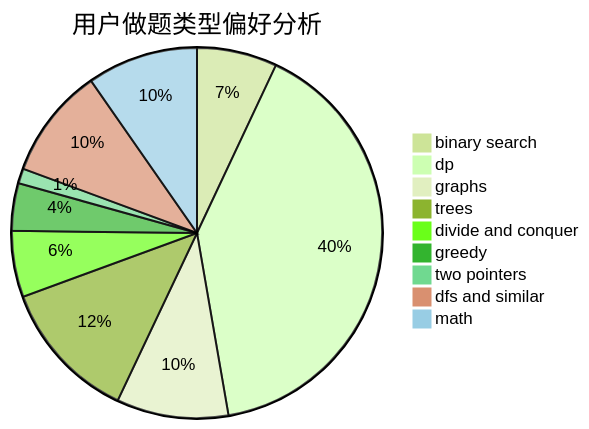
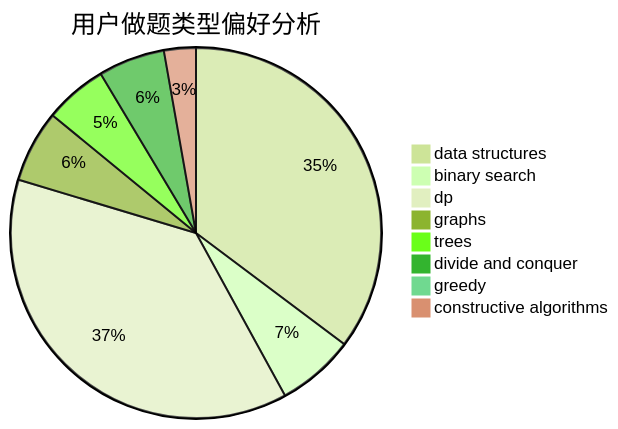
One commit to sherpahu/cfrs.github.io changed the second of 3 diagrams in docs/user/u222.md. Above: the diagram before and after it, drawn with Mermaid (forest theme). The commit also changed other lines of this file and 2775 other files, not shown here.

````diff
--- a/docs/user/u222.md
+++ b/docs/user/u222.md
@@ -23,12 +23,11 @@
 ```mermaid
 pie title 用户做题类型偏好分析
-    "binary search" :  86
-    "dp" :  495
-    "graphs" :  120
-    "trees" :  152
+    "data structures" :  431
+    "binary search" :  83
+    "dp" :  460
+    "graphs" :  77
+    "trees" :  67
     "divide and conquer" :  71
-    "greedy" :  51
-    "two pointers" :  16
-    "dfs and similar" :  119
-    "math" :  119
+    "greedy" :  10
+    "constructive algorithms" :  34
 ```
````
